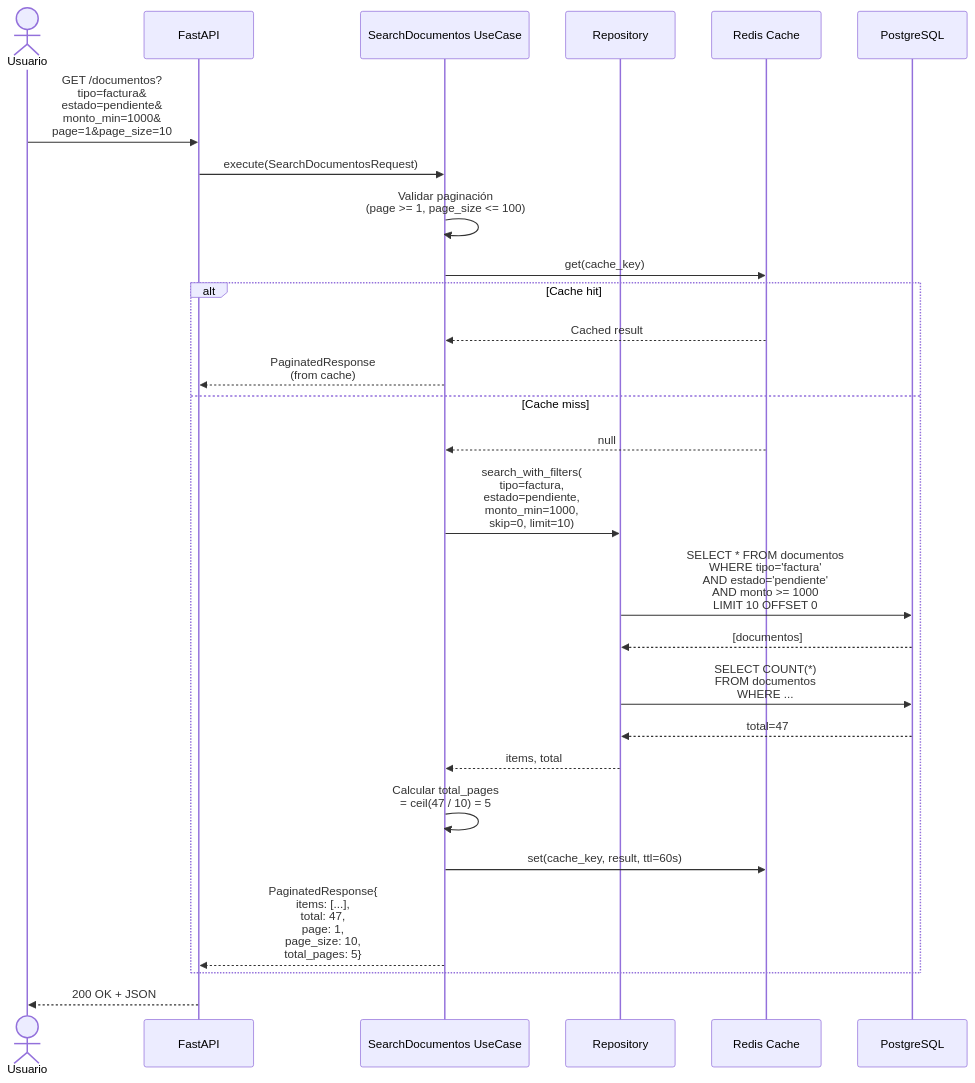
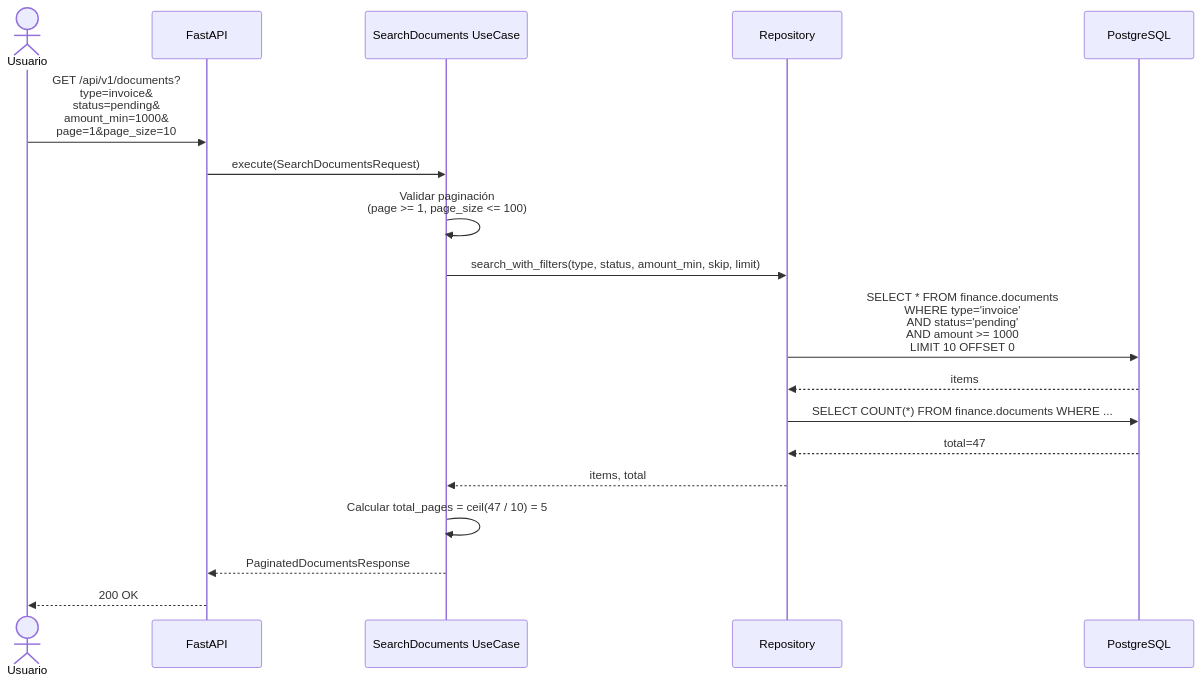
Before and after one commit to abyssorcdev/duppla: the tenth of 16 diagrams in docs/project_design.md, drawn with Mermaid. The commit also changed other lines of this file, not shown here.

````diff
--- a/docs/project_design.md
+++ b/docs/project_design.md
@@ -440,42 +523,29 @@
 ```mermaid
 sequenceDiagram
     actor User as Usuario
     participant API as FastAPI
-    participant UC as SearchDocumentos UseCase
+    participant UC as SearchDocuments UseCase
     participant Repo as Repository
-    participant Cache as Redis Cache
     participant DB as PostgreSQL
 
-    User->>API: GET /documentos?<br/>tipo=factura&<br/>estado=pendiente&<br/>monto_min=1000&<br/>page=1&page_size=10
+    User->>API: GET /api/v1/documents?<br/>type=invoice&<br/>status=pending&<br/>amount_min=1000&<br/>page=1&page_size=10
 
-    API->>UC: execute(SearchDocumentosRequest)
+    API->>UC: execute(SearchDocumentsRequest)
 
     UC->>UC: Validar paginación<br/>(page >= 1, page_size <= 100)
 
-    UC->>Cache: get(cache_key)
+    UC->>Repo: search_with_filters(type, status, amount_min, skip, limit)
 
-    alt Cache hit
-        Cache-->>UC: Cached result
-        UC-->>API: PaginatedResponse<br/>(from cache)
-    else Cache miss
-        Cache-->>UC: null
+    Repo->>DB: SELECT * FROM finance.documents<br/>WHERE type='invoice'<br/>AND status='pending'<br/>AND amount >= 1000<br/>LIMIT 10 OFFSET 0
+    DB-->>Repo: items
 
-        UC->>Repo: search_with_filters(<br/>tipo=factura,<br/>estado=pendiente,<br/>monto_min=1000,<br/>skip=0, limit=10)
+    Repo->>DB: SELECT COUNT(*) FROM finance.documents WHERE ...
+    DB-->>Repo: total=47
 
-        Repo->>DB: SELECT * FROM documentos<br/>WHERE tipo='factura'<br/>AND estado='pendiente'<br/>AND monto >= 1000<br/>LIMIT 10 OFFSET 0
-        DB-->>Repo: [documentos]
+    Repo-->>UC: items, total
 
-        Repo->>DB: SELECT COUNT(*)<br/>FROM documentos<br/>WHERE ...
-        DB-->>Repo: total=47
+    UC->>UC: Calcular total_pages = ceil(47 / 10) = 5
 
-        Repo-->>UC: items, total
-
-        UC->>UC: Calcular total_pages<br/>= ceil(47 / 10) = 5
-
-        UC->>Cache: set(cache_key, result, ttl=60s)
-
-        UC-->>API: PaginatedResponse{<br/>items: [...],<br/>total: 47,<br/>page: 1,<br/>page_size: 10,<br/>total_pages: 5}
-    end
-
-    API-->>User: 200 OK + JSON
+    UC-->>API: PaginatedDocumentsResponse
+    API-->>User: 200 OK
 ```
````
